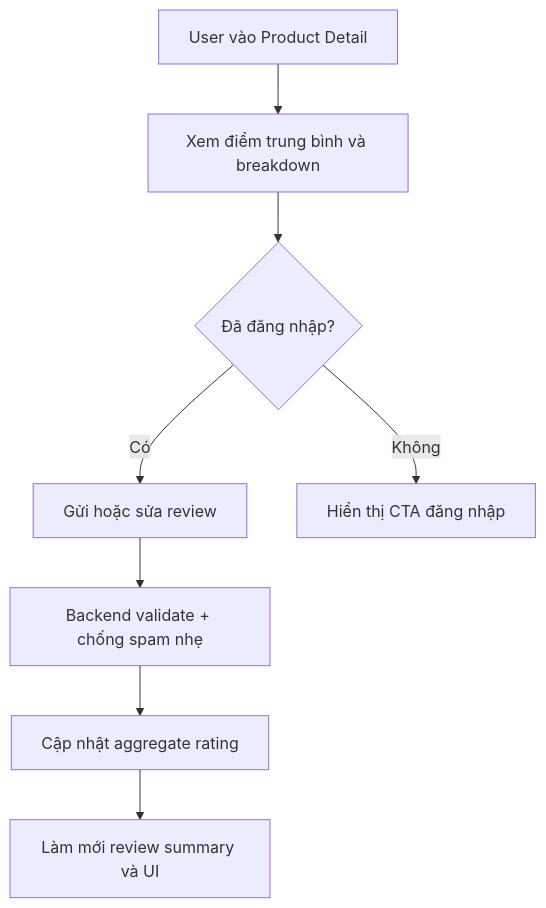
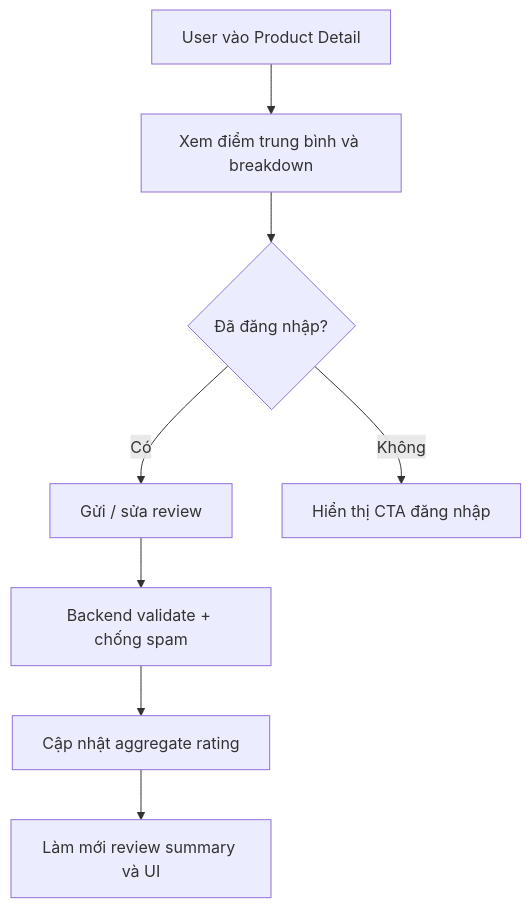
One commit to QuangFabbier/DATN changed the fifth of 6 diagrams in ecommerce/PROJECT_SUMMARY.md. Above: the diagram before and after it, drawn with Mermaid. The commit also changed other lines of this file and 108 other files, not shown here.

````diff
--- a/ecommerce/PROJECT_SUMMARY.md
+++ b/ecommerce/PROJECT_SUMMARY.md
@@ -199,10 +241,10 @@
 ```mermaid
 flowchart TD
   A[User vào Product Detail] --> B[Xem điểm trung bình và breakdown]
   B --> C{Đã đăng nhập?}
-  C -- Có --> D[Gửi hoặc sửa review]
+  C -- Có --> D[Gửi / sửa review]
   C -- Không --> E[Hiển thị CTA đăng nhập]
-  D --> F[Backend validate + chống spam nhẹ]
+  D --> F[Backend validate + chống spam]
   F --> G[Cập nhật aggregate rating]
   G --> H[Làm mới review summary và UI]
 ```
````
